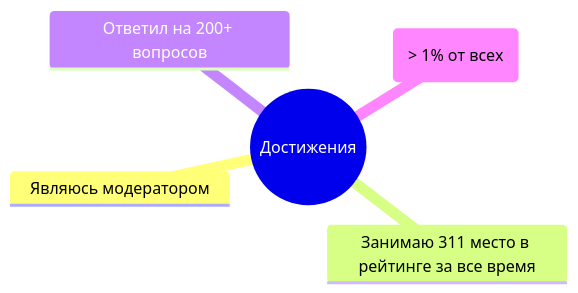
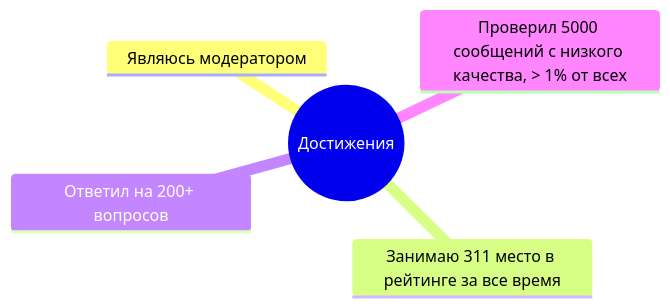
Before and after one commit to Goodzonchik/Goodzonchik: the third of 4 diagrams in README.md, drawn with Mermaid.

````diff
--- a/README.md
+++ b/README.md
@@ -43,8 +43,8 @@
 ```mermaid
 mindmap
   root((Достижения))
     Являюсь модератором
     Занимаю 311 место в рейтинге за все время
     Ответил на 200+ вопросов
-    Проверил 5000 сообщений с низкого качества ( > 1% от всех)
+    Проверил 5000 сообщений с низкого качества, > 1% от всех
 ```
````
